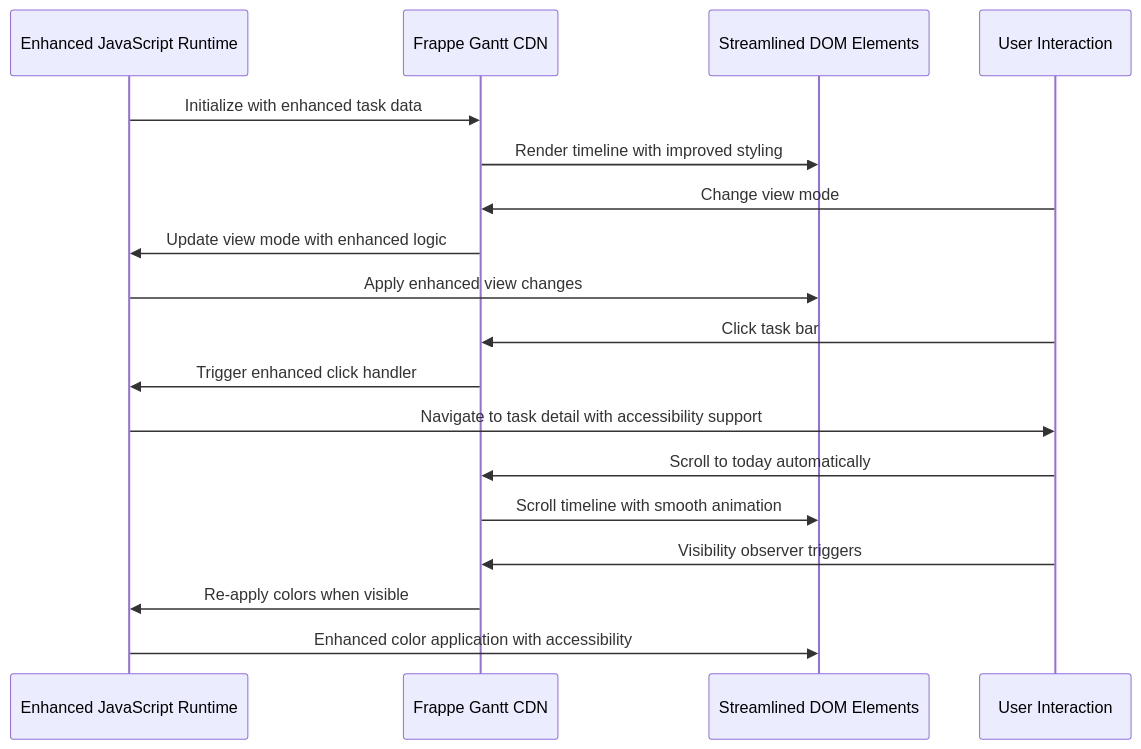
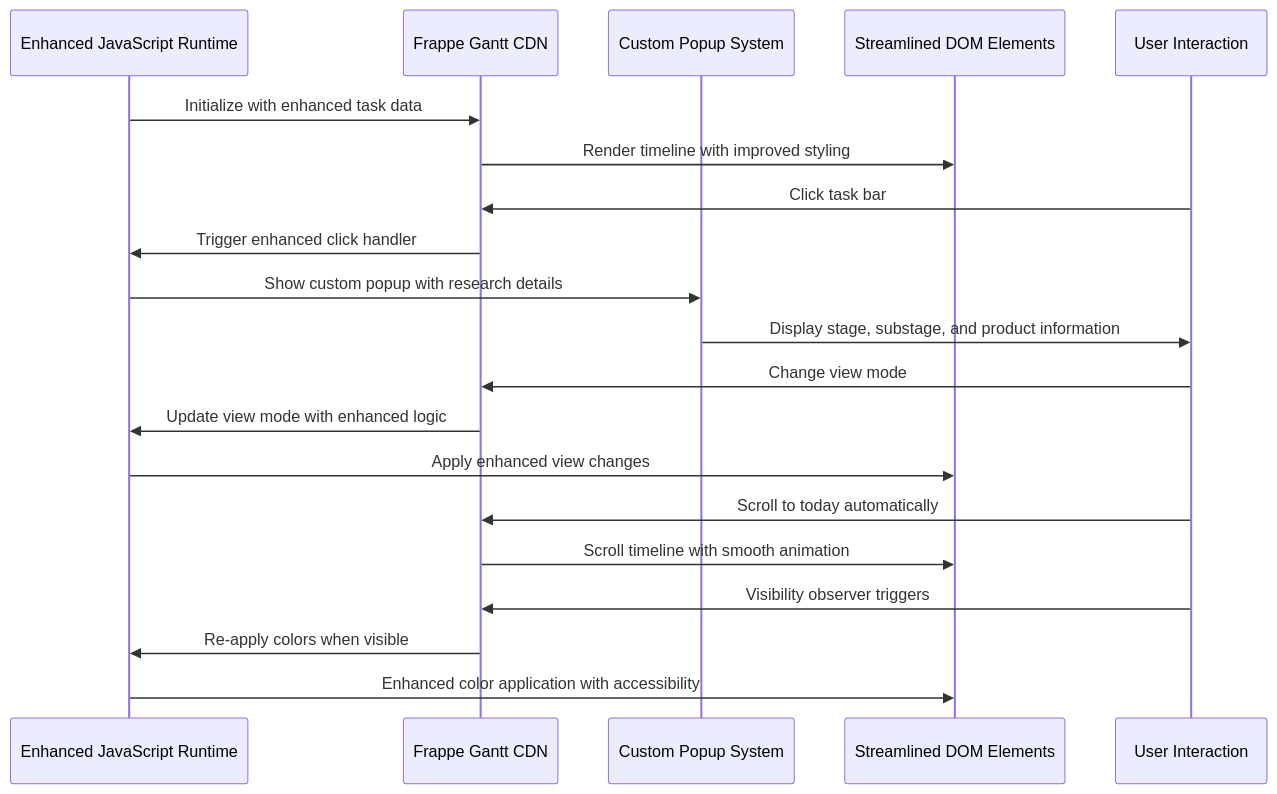
One commit to Pavel9474/task_manager changed the sixth of 10 diagrams in .qoder/repowiki/en/content/User Interface and Templates/Gantt Chart Visualization System.md. Above: the diagram before and after it, drawn with Mermaid. The commit also changed other lines of this file and 7 other files, not shown here.

Commit message:
ALL gantt work code simplifid

````diff
--- a/.qoder/repowiki/en/content/User Interface and Templates/Gantt Chart Visualization System.md
+++ b/.qoder/repowiki/en/content/User Interface and Templates/Gantt Chart Visualization System.md
@@ -305,20 +331,22 @@
 ```mermaid
 sequenceDiagram
 participant JS as Enhanced JavaScript Runtime
 participant Gantt as Frappe Gantt CDN
+participant Popup as Custom Popup System
 participant DOM as Streamlined DOM Elements
 participant User as User Interaction
 JS->>Gantt : Initialize with enhanced task data
 Gantt->>DOM : Render timeline with improved styling
+User->>Gantt : Click task bar
+Gantt->>JS : Trigger enhanced click handler
+JS->>Popup : Show custom popup with research details
+Popup->>User : Display stage, substage, and product information
 User->>Gantt : Change view mode
 Gantt->>JS : Update view mode with enhanced logic
 JS->>DOM : Apply enhanced view changes
-User->>Gantt : Click task bar
-Gantt->>JS : Trigger enhanced click handler
-JS->>User : Navigate to task detail with accessibility support
 User->>Gantt : Scroll to today automatically
 Gantt->>DOM : Scroll timeline with smooth animation
 User->>Gantt : Visibility observer triggers
 Gantt->>JS : Re-apply colors when visible
 JS->>DOM : Enhanced color application with accessibility
 ```
````
